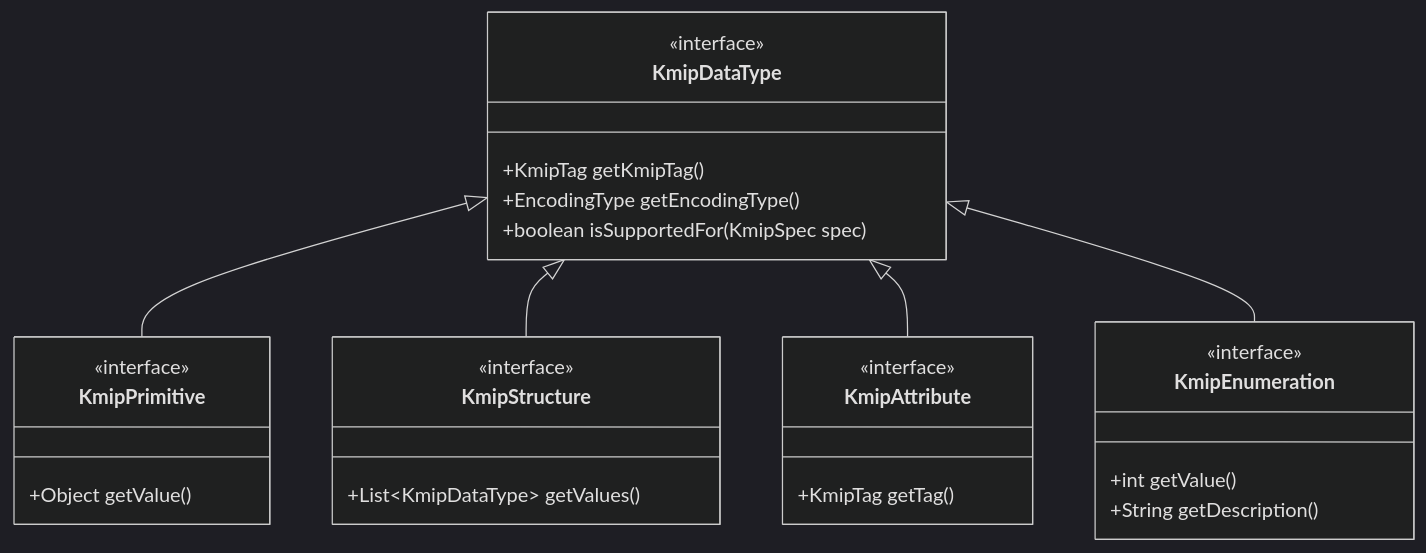
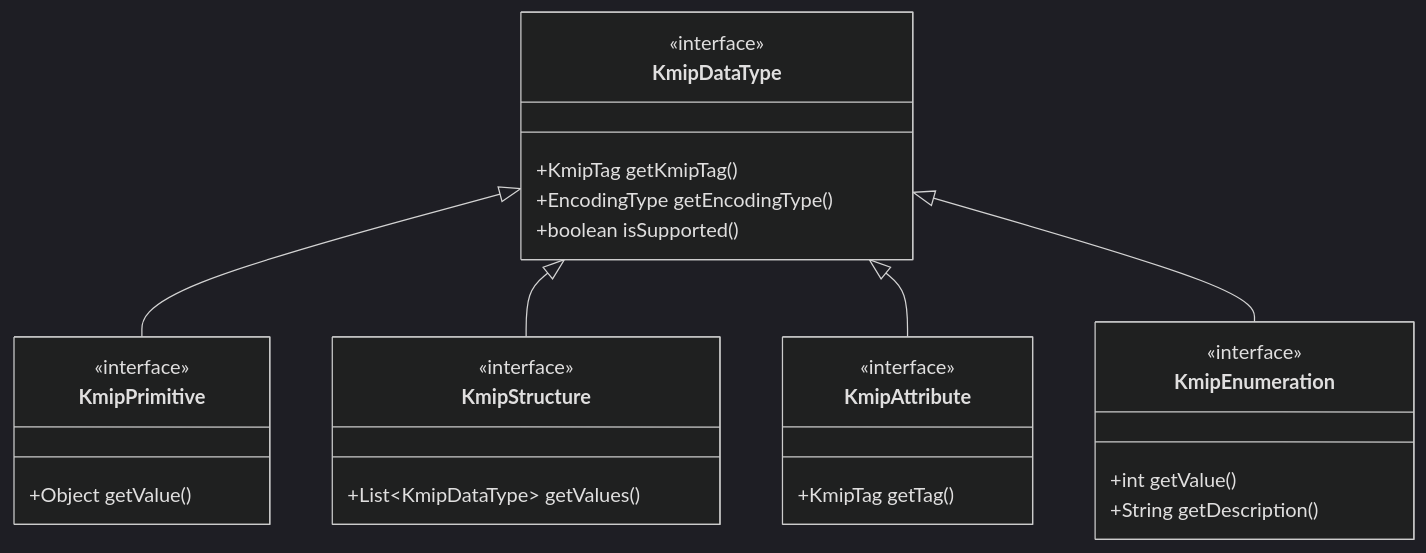
Before and after one commit to appmonster007/kmip-adapter: the diagram in docs/02-architecture/core-concepts.md, drawn with Mermaid (dark theme). The commit also changed other lines of this file and 16 other files, not shown here.

````diff
--- a/docs/02-architecture/core-concepts.md
+++ b/docs/02-architecture/core-concepts.md
@@ -11,35 +11,35 @@
 ```mermaid
 classDiagram
     KmipDataType <|-- KmipPrimitive
     KmipDataType <|-- KmipStructure
     KmipDataType <|-- KmipAttribute
     KmipDataType <|-- KmipEnumeration
     
     class KmipDataType {
         <<interface>>
         +KmipTag getKmipTag()
         +EncodingType getEncodingType()
-        +boolean isSupportedFor(KmipSpec spec)
+        +boolean isSupported()
     }
     
     class KmipPrimitive {
         <<interface>>
         +Object getValue()
     }
     
     class KmipStructure {
         <<interface>>
         +List~KmipDataType~ getValues()
     }
     
     class KmipAttribute {
         <<interface>>
         +KmipTag getTag()
     }
     
     class KmipEnumeration {
         <<interface>>
         +int getValue()
         +String getDescription()
     }
 ```
````
